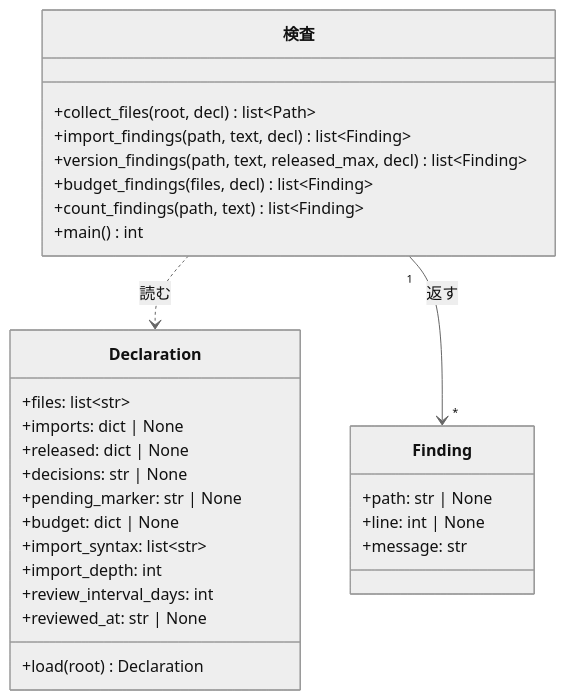
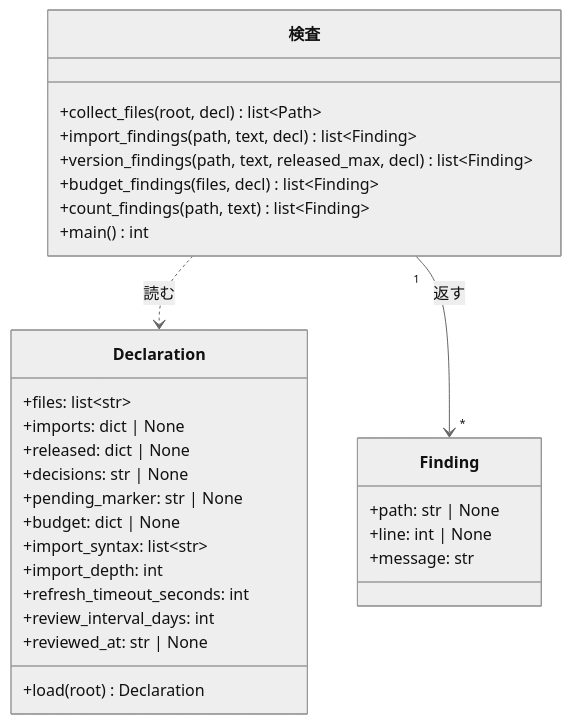
The second of 2 diagrams in issues/issue-554-design-criteria.md (devbasex/ai-plugins), drawn with Mermaid (neutral theme) before and after one commit. The commit also changed other lines of this file and 3 other files, not shown here.

````diff
--- a/issues/issue-554-design-criteria.md
+++ b/issues/issue-554-design-criteria.md
@@ -246,31 +246,32 @@
 ```mermaid
 classDiagram
     class Finding {
         +path: str | None
         +line: int | None
         +message: str
     }
     class Declaration {
         +files: list~str~
         +imports: dict | None
         +released: dict | None
         +decisions: str | None
         +pending_marker: str | None
         +budget: dict | None
         +import_syntax: list~str~
         +import_depth: int
+        +refresh_timeout_seconds: int
         +review_interval_days: int
         +reviewed_at: str | None
         +load(root) Declaration
     }
     class 検査 {
         +collect_files(root, decl) list~Path~
         +import_findings(path, text, decl) list~Finding~
         +version_findings(path, text, released_max, decl) list~Finding~
         +budget_findings(files, decl) list~Finding~
         +count_findings(path, text) list~Finding~
         +main() int
     }
     検査 ..> Declaration: 読む
     検査 "1" --> "*" Finding: 返す
 ```
````
